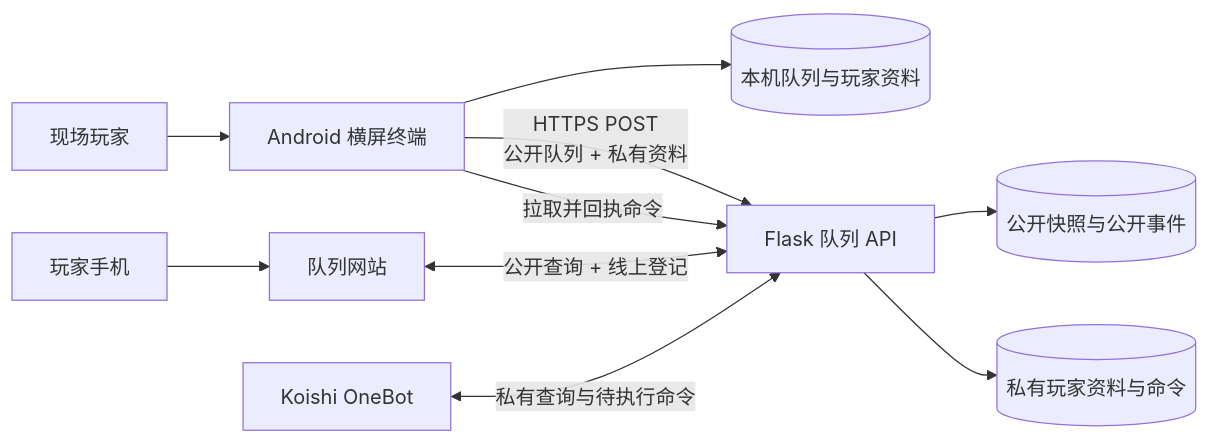
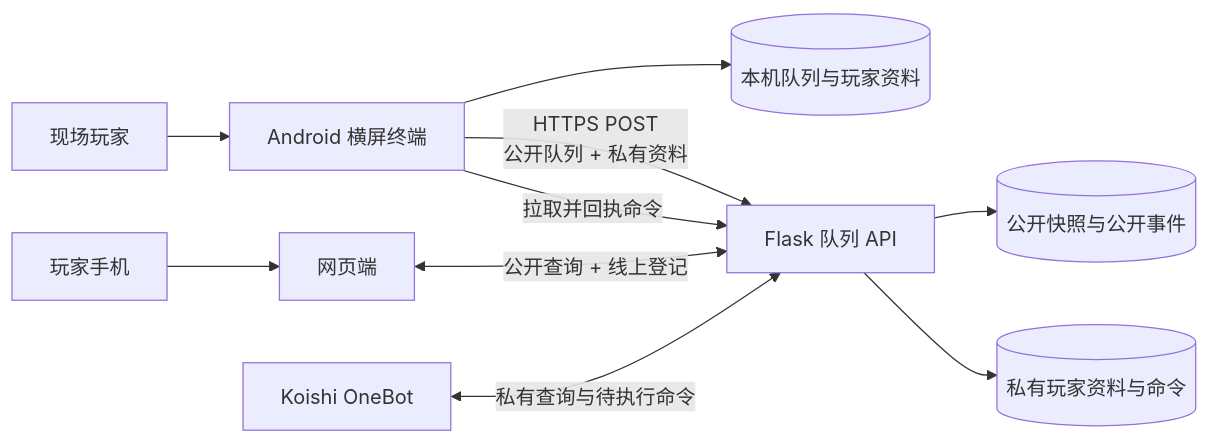
Before and after one commit to tsuba-abcccc/maimai-queue-terminal: the diagram in README.md, drawn with Mermaid. The commit also changed other lines of this file and 90 other files, not shown here.

````diff
--- a/README.md
+++ b/README.md
@@ -172,12 +172,12 @@
 ```mermaid
 flowchart LR
     Player[现场玩家] --> Terminal[Android 横屏终端]
     Terminal --> Local[(本机队列与玩家资料)]
     Terminal -->|HTTPS POST<br/>公开队列 + 私有资料| API[Flask 队列 API]
     API --> PublicDB[(公开快照与公开事件)]
     API --> PrivateDB[(私有玩家资料与命令)]
-    Web[队列网站] <-->|公开查询 + 线上登记| API
+    Web[网页端] <-->|公开查询 + 线上登记| API
     Viewer[玩家手机] --> Web
     Bot[Koishi OneBot] <-->|私有查询与待执行命令| API
     Terminal -->|拉取并回执命令| API
 ```
````
